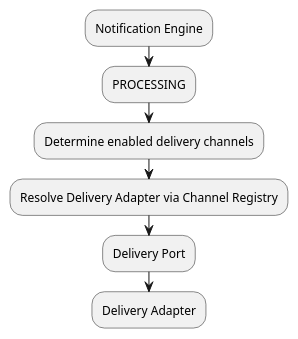
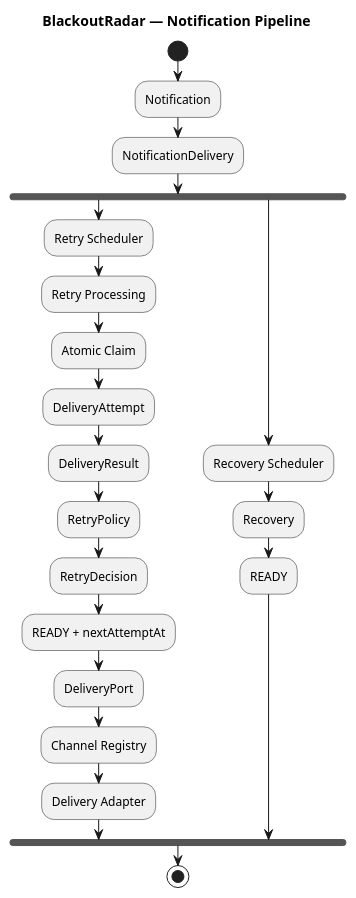
The diagram in docs/diagrams/detailed/09-notification-pipeline.puml (ZyibinAV/BlackoutRadar), drawn with PlantUML before and after one commit. The commit also changed 22 other files, not shown here.

Commit message:
Integrate notification delivery pipeline with retry processing and finalization

```diff
--- a/docs/diagrams/detailed/09-notification-pipeline.puml
+++ b/docs/diagrams/detailed/09-notification-pipeline.puml
@@ -1,10 +1,31 @@
 @startuml
+title BlackoutRadar — Notification Pipeline
 
-:Notification Engine;
-:PROCESSING;
-:Determine enabled delivery channels;
-:Resolve Delivery Adapter via Channel Registry;
-:Delivery Port;
-:Delivery Adapter;
+skinparam linetype ortho
+
+start
+
+:Notification;
+:NotificationDelivery;
+
+fork
+    :Retry Scheduler;
+    :Retry Processing;
+    :Atomic Claim;
+    :DeliveryAttempt;
+    :DeliveryResult;
+    :RetryPolicy;
+    :RetryDecision;
+    :READY + nextAttemptAt;
+    :DeliveryPort;
+    :Channel Registry;
+    :Delivery Adapter;
+fork again
+    :Recovery Scheduler;
+    :Recovery;
+    :READY;
+end fork
+
+stop
 
 @enduml
```
